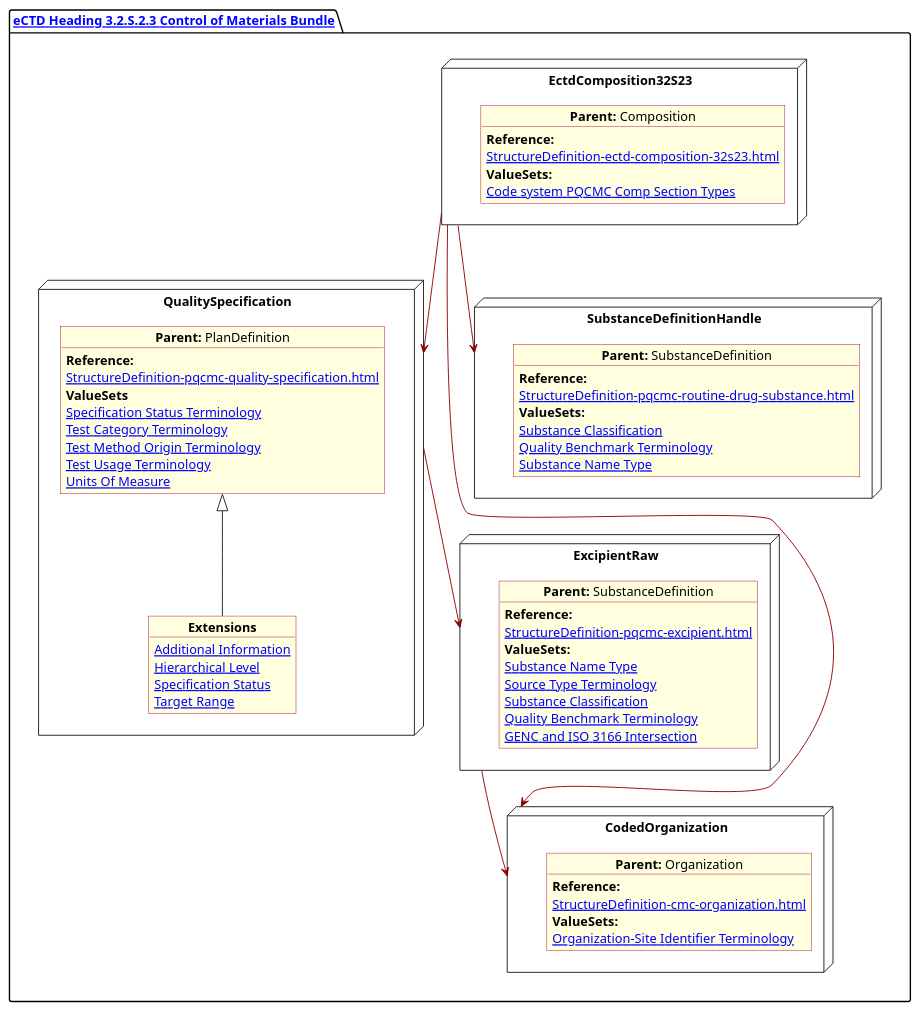
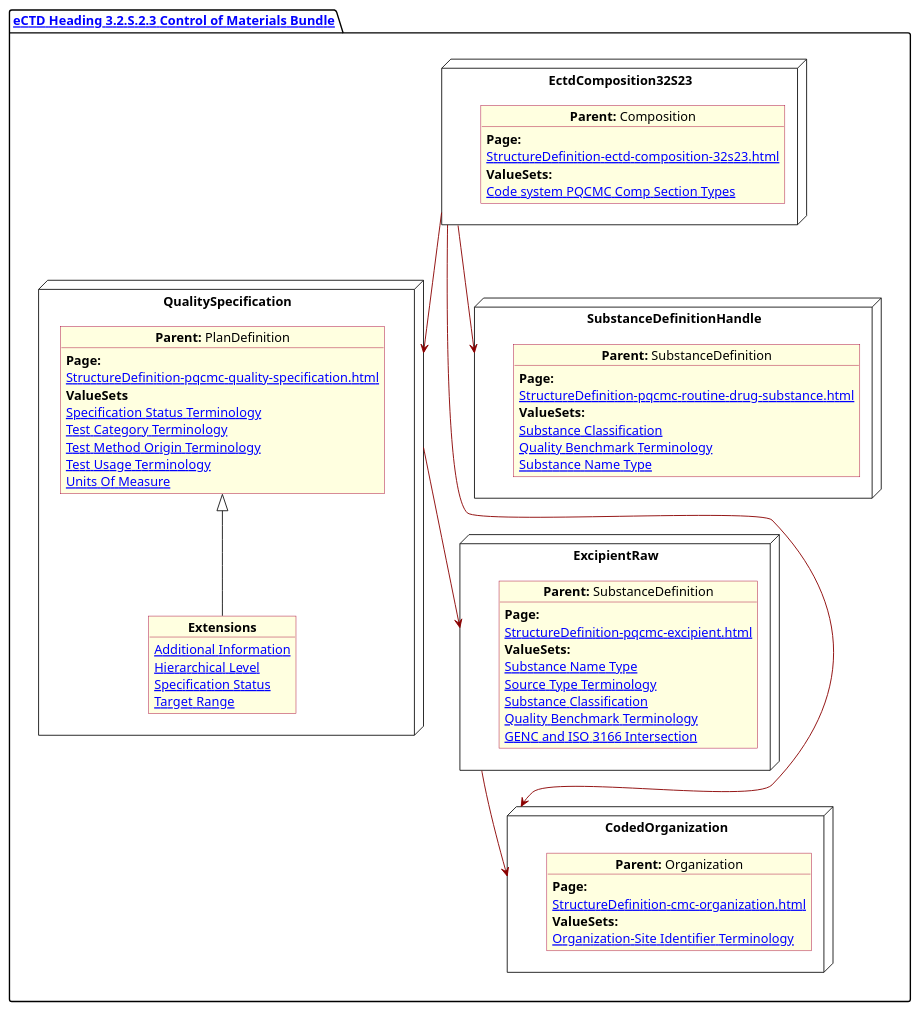
Before and after one commit to HL7/FHIR-us-pq-cmc-fda: the diagram in input/images-source/SubstanceControlMat.plantuml, drawn with PlantUML. The commit also changed 34 other files, not shown here.

```diff
--- a/input/images-source/SubstanceControlMat.plantuml
+++ b/input/images-source/SubstanceControlMat.plantuml
@@ -1,84 +1,84 @@
 @startuml SubstanceControlMat
 allowmixing
 'Mixed model of use case and object
 skinparam svgDimensionStyle false
 skinparam ObjectBackgroundColor LightYellow
 skinparam ObjectBorderColor #A80036
 skinparam activityDiamondBorderColor #A80036
 skinparam activityDiamondBackgroundColor lawnGreen
 skinparam ClassBorderThickness 4
 
 package "[[StructureDefinition-cmc-ectd-document-32s23.html eCTD Heading 3.2.S.2.3 Control of Materials Bundle]]" as NODES {
 
     node "QualitySpecification" as N2 {
 
         object "**Parent:** PlanDefinition" as obj2 {
-            **Reference:**
+            **Page:**
             [[StructureDefinition-pqcmc-quality-specification.html]]
             **ValueSets**
             [[ValueSet-pqcmc-specification-status-terminology.html Specification Status Terminology]]
             [[ValueSet-pqcmc-test-category-terminology.html Test Category Terminology]]
             [[ValueSet-pqcmc-test-method-origin-terminology.html Test Method Origin Terminology]]
             [[ValueSet-pqcmc-test-usage-terminology.html Test Usage Terminology]]
             [[ValueSet-pqcmc-units-of-measure.html Units Of Measure]]
         }
         object "**Extensions**" as objQSEx {
             [[StructureDefinition-pq-additional-info-extension.html Additional Information]]
             [[StructureDefinition-pq-hierarchical-level-extension.html Hierarchical Level]]
             [[StructureDefinition-pq-specification-status-extension.html Specification Status]]
             [[StructureDefinition-pq-target-range.html Target Range]]
         }
         obj2 <|-- objQSEx
     }
     node "EctdComposition32S23" as N1 {
 
         object "**Parent:** Composition" as obj1 {
-            **Reference:**
+            **Page:**
             [[StructureDefinition-ectd-composition-32s23.html]]
             **ValueSets:**
             [[ValueSet-cmc-comp-section-types-vs.html Code system PQCMC Comp Section Types]]
         }
     }
 
     node "ExcipientRaw" as N21 {
 
         object "**Parent:** SubstanceDefinition" as obj22 {
-            **Reference:**
+            **Page:**
             [[StructureDefinition-pqcmc-excipient.html]]
             **ValueSets:**
             [[ValueSet-pqcmc-substance-name-type.html Substance Name Type]]
             [[ValueSet-pqcmc-source-type-terminology.html Source Type Terminology]]
             [[ValueSet-substance-classification.html Substance Classification]]
             [[ValueSet-pqcmc-quality-benchmark-terminology.html Quality Benchmark Terminology]]
             [[ValueSet-pqcmc-genc-and-iso-intersect.html GENC and ISO 3166 Intersection]]
         }
     }
     node "CodedOrganization" as NSO {
 
         object "**Parent:** Organization" as objAu {
-            **Reference:**
+            **Page:**
             [[StructureDefinition-cmc-organization.html]]
             **ValueSets:**
             [[ValueSet-pqcmc-org-identifier-type-terminology.html Organization-Site Identifier Terminology]]
         }
     }
 
     node "SubstanceDefinitionHandle" as NN {
 
         object "**Parent:** SubstanceDefinition" as obj3 {
-            **Reference:**
+            **Page:**
             [[StructureDefinition-pqcmc-routine-drug-substance.html]]
             **ValueSets:**
             [[ValueSet-substance-classification.html Substance Classification]]
             [[ValueSet-pqcmc-quality-benchmark-terminology.html Quality Benchmark Terminology]]
             [[ValueSet-pqcmc-substance-name-type.html Substance Name Type]]
         }
     }
 
     N1 -[#darkred]--> N2
     N2 -[#darkred]-> N21
     N1 -[#darkred]--> NSO
     N1 -[#darkred]--> NN
     N21 -[#darkred]-> NSO
 }
 @enduml
```
